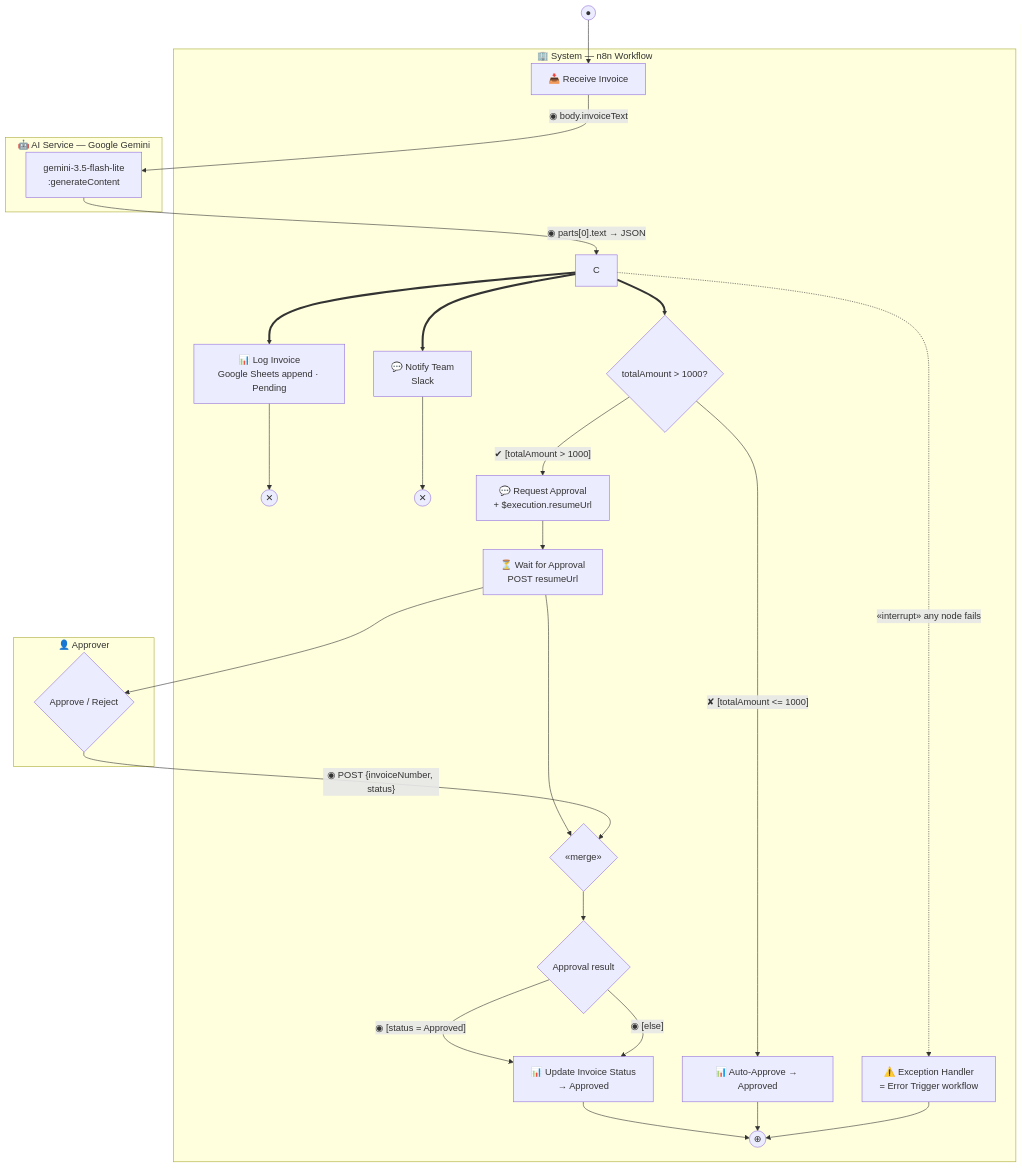
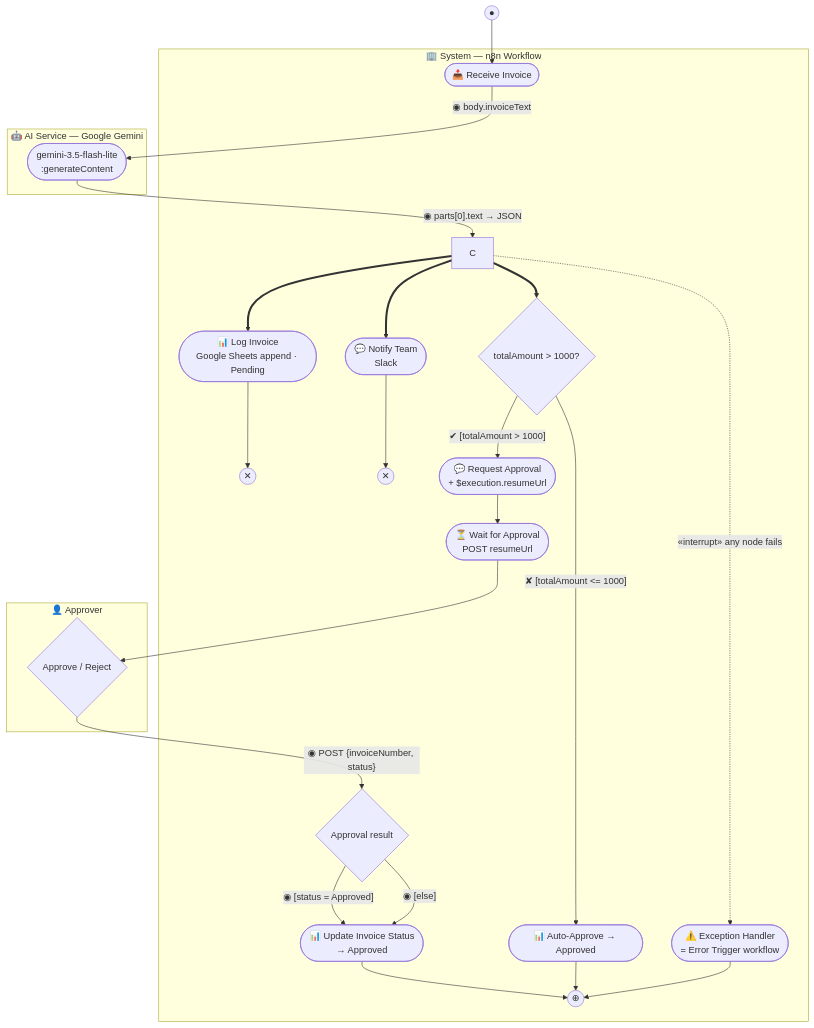
One commit to DoTuanPhong/make_-Invoice-processing-automated-workflow changed the fourth of 4 diagrams in activity-diagram.md. Above: the diagram before and after it, drawn with Mermaid. The commit also changed other lines of this file and 3 other files, not shown here.

Commit message:
Update README and diagrams: upgrade Google Gemini to 3.5-flash-lite, enhance error handling, and add setup guide for automated invoice processing workflow.

````diff
--- a/activity-diagram.md
+++ b/activity-diagram.md
@@ -139,33 +143,32 @@
 ```mermaid
 flowchart TD
     START((●)) --> A
     subgraph SYS["🏢 System — n8n Workflow"]
-        A["📥 Receive Invoice"]
-        C ==> D["📊 Log Invoice<br/>Google Sheets append · Pending"]
+        A(["📥 Receive Invoice"])
+        C ==> D(["📊 Log Invoice<br/>Google Sheets append · Pending"])
         D --> FFD(("✕"))
-        C ==> E["💬 Notify Team<br/>Slack"]
+        C ==> E(["💬 Notify Team<br/>Slack"])
         E --> FFE(("✕"))
         C ==> F{"totalAmount > 1000?"}
-        F -->|"✔ [totalAmount > 1000]"| G["💬 Request Approval<br/>+ $execution.resumeUrl"]
-        G --> H["⏳ Wait for Approval<br/>POST resumeUrl"]
-        H --> MG{"«merge»"}
-        MG --> MD{"Approval result"}
-        MD -->|"◉ [status = Approved]"| I["📊 Update Invoice Status<br/>→ Approved"]
+        F -->|"✔ [totalAmount > 1000]"| G(["💬 Request Approval<br/>+ $execution.resumeUrl"])
+        G --> H(["⏳ Wait for Approval<br/>POST resumeUrl"])
+        MD{"Approval result"}
+        MD -->|"◉ [status = Approved]"| I(["📊 Update Invoice Status<br/>→ Approved"])
         MD -->|"◉ [else]"| I
-        F -->|"✘ [totalAmount <= 1000]"| J["📊 Auto-Approve → Approved"]
+        F -->|"✘ [totalAmount <= 1000]"| J(["📊 Auto-Approve → Approved"])
         I --> K((⊕))
         J --> K
-        C -.->|"«interrupt» any node fails"| X["⚠️ Exception Handler<br/>= Error Trigger workflow"]
+        C -.->|"«interrupt» any node fails"| X(["⚠️ Exception Handler<br/>= Error Trigger workflow"])
         X --> K
     end
     subgraph AI["🤖 AI Service — Google Gemini"]
-        B["gemini-3.5-flash-lite<br/>:generateContent"]
+        B(["gemini-3.5-flash-lite<br/>:generateContent"])
     end
     subgraph APP["👤 Approver"]
         AP{"Approve / Reject"}
     end
     A -->|"◉ body.invoiceText"| B
     B -->|"◉ parts[0].text → JSON"| C
     H --> AP
-    AP -->|"◉ POST {invoiceNumber, status}"| MG
+    AP -->|"◉ POST {invoiceNumber, status}"| MD
 ```
````
